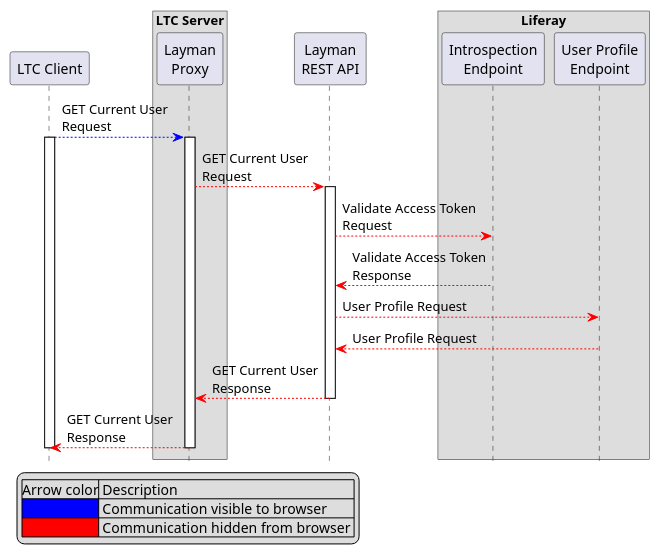
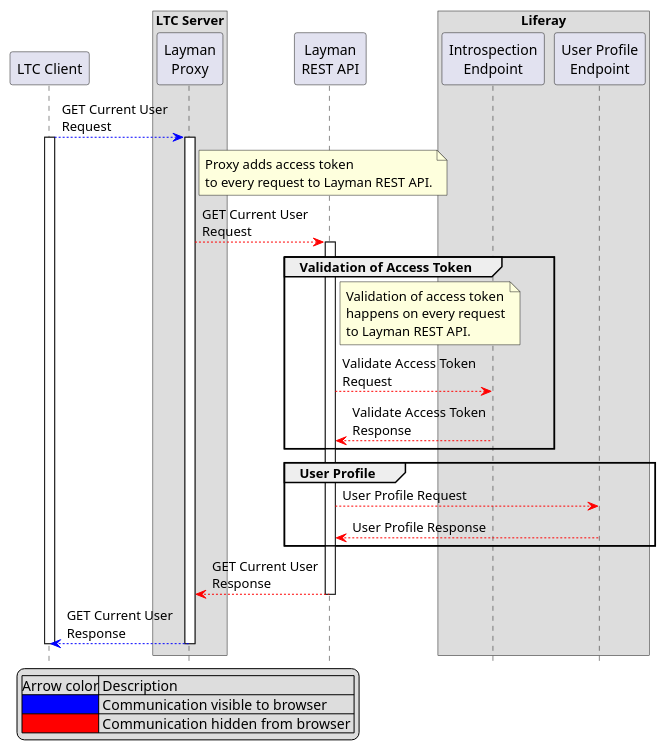
The diagram in doc/oauth2-get-current-user.puml (LayerManager/layman), drawn with PlantUML before and after one commit. The commit also changed 5 other files, not shown here.

```diff
--- a/doc/oauth2-get-current-user.puml
+++ b/doc/oauth2-get-current-user.puml
@@ -1,37 +1,50 @@
 @startuml
 hide footbox
 participant "LTC Client" as ltcc
 
 box "LTC Server"
     participant "Layman\nProxy" as ltcsproxy
 end box
 participant "Layman\nREST API" as layman
 
 box "Liferay"
 	participant "Introspection\nEndpoint" as lris
 	participant "User Profile\nEndpoint" as lruser
 end box
 
 
 ltcc [#0000FF]--> ltcsproxy: GET Current User\nRequest
 activate ltcc
 activate ltcsproxy
+note right of ltcsproxy
+    Proxy adds access token
+    to every request to Layman REST API.
+end note
 ltcsproxy [#FF0000]--> layman: GET Current User\nRequest
 activate layman
-layman [#FF0000]--> lris: Validate Access Token\nRequest
-lris [#FF0000]--> layman: Validate Access Token\nResponse
-layman [#FF0000]--> lruser: User Profile Request
-lruser [#FF0000]--> layman: User Profile Request
+group Validation of Access Token
+    note right of layman
+        Validation of access token
+        happens on every request
+        to Layman REST API.
+    end note
+    layman [#FF0000]--> lris: Validate Access Token\nRequest
+    lris [#FF0000]--> layman: Validate Access Token\nResponse
+end
+group User Profile
+    layman [#FF0000]--> lruser: User Profile Request
+    lruser [#FF0000]--> layman: User Profile Response
+end
 layman [#FF0000]--> ltcsproxy: GET Current User\nResponse
 deactivate layman
-ltcsproxy [#FF0000]--> ltcc: GET Current User\nResponse
+ltcsproxy [#0000FF]--> ltcc: GET Current User\nResponse
 deactivate ltcsproxy
 deactivate ltcc
 
 legend left
     |Arrow color| Description |
     |<#0000FF>| Communication visible to browser |
     |<#FF0000>| Communication hidden from browser |
 endlegend
 
 @enduml
```
